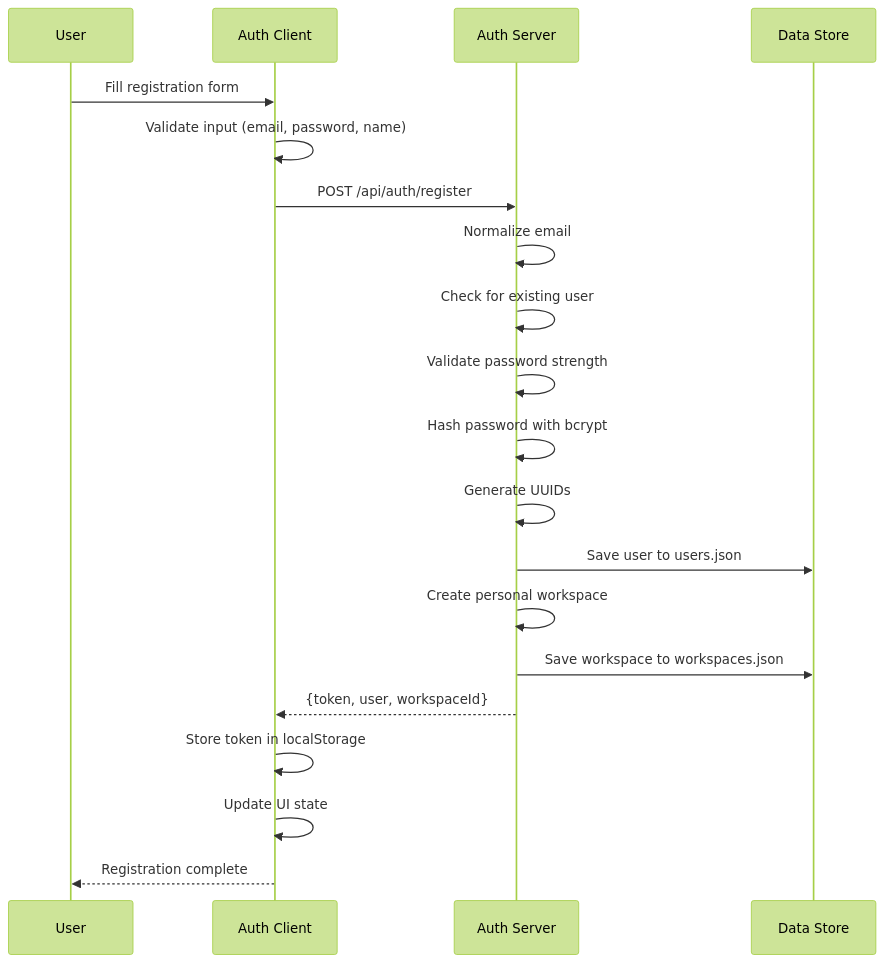
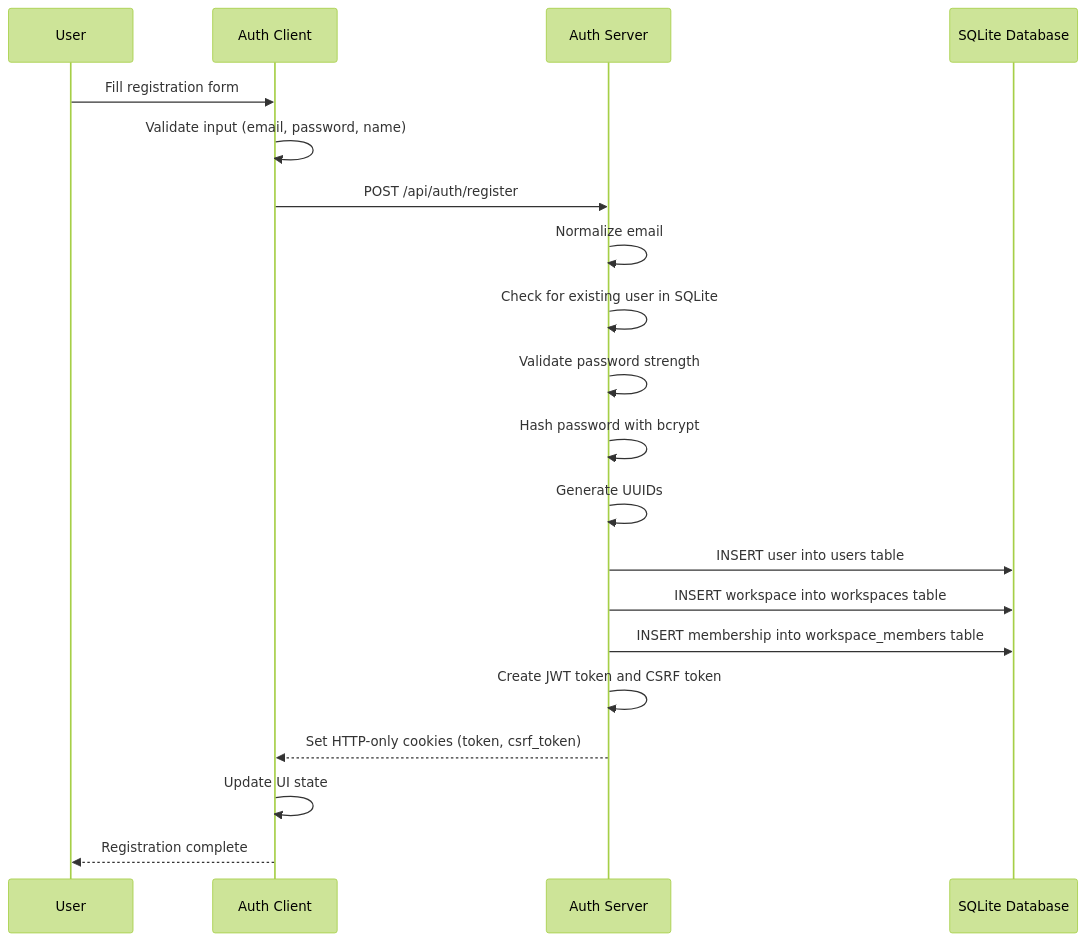
The fourth of 10 diagrams in .qoder/repowiki/en/content/Frontend Application/Authentication System.md (RunTimeAdmin/tri-ai), drawn with Mermaid (forest theme) before and after one commit. The commit also changed other lines of this file and 40 other files, not shown here.

````diff
--- a/.qoder/repowiki/en/content/Frontend Application/Authentication System.md
+++ b/.qoder/repowiki/en/content/Frontend Application/Authentication System.md
@@ -170,22 +185,22 @@
 ```mermaid
 sequenceDiagram
 participant User as User
 participant Client as Auth Client
 participant Server as Auth Server
-participant Data as Data Store
+participant DB as SQLite Database
 User->>Client : Fill registration form
 Client->>Client : Validate input (email, password, name)
 Client->>Server : POST /api/auth/register
 Server->>Server : Normalize email
-Server->>Server : Check for existing user
+Server->>Server : Check for existing user in SQLite
 Server->>Server : Validate password strength
 Server->>Server : Hash password with bcrypt
 Server->>Server : Generate UUIDs
-Server->>Data : Save user to users.json
-Server->>Server : Create personal workspace
-Server->>Data : Save workspace to workspaces.json
-Server-->>Client : {token, user, workspaceId}
-Client->>Client : Store token in localStorage
+Server->>DB : INSERT user into users table
+Server->>DB : INSERT workspace into workspaces table
+Server->>DB : INSERT membership into workspace_members table
+Server->>Server : Create JWT token and CSRF token
+Server-->>Client : Set HTTP-only cookies (token, csrf_token)
 Client->>Client : Update UI state
 Client-->>User : Registration complete
 ```
````
